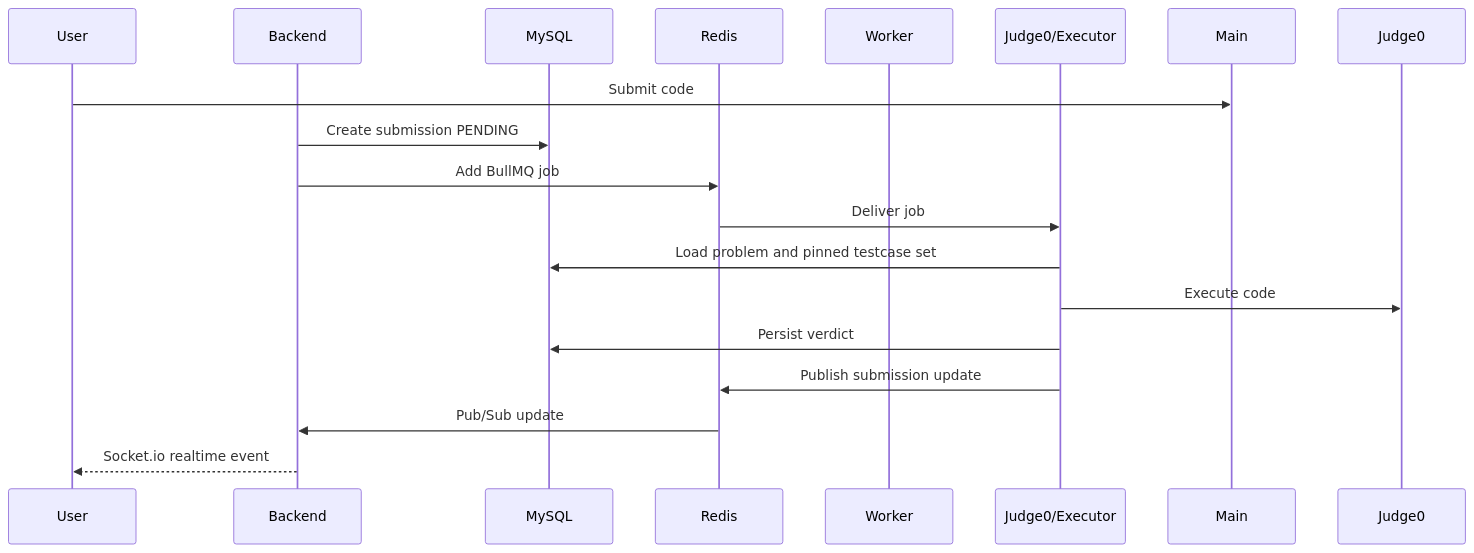
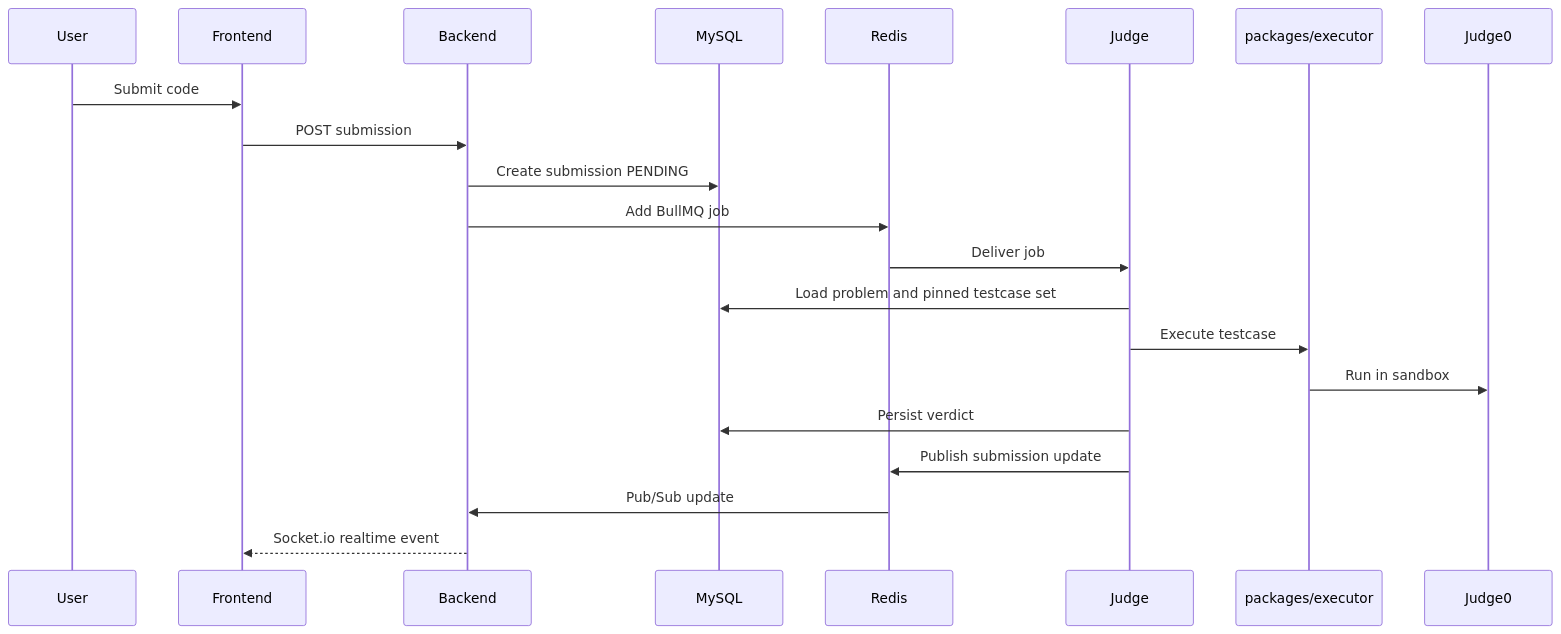
The diagram in README.md (jack1e2401/fessior), drawn with Mermaid before and after one commit. The commit also changed other lines of this file and 13 other files, not shown here.

````diff
--- a/README.md
+++ b/README.md
@@ -64,20 +66,24 @@
 ```mermaid
 sequenceDiagram
     participant User
+    participant Frontend
     participant Backend
     participant MySQL
     participant Redis
-    participant Worker
-    participant Judge as Judge0/Executor
+    participant Judge
+    participant Executor as packages/executor
+    participant Judge0
 
-    User->>Main: Submit code
+    User->>Frontend: Submit code
+    Frontend->>Backend: POST submission
     Backend->>MySQL: Create submission PENDING
     Backend->>Redis: Add BullMQ job
     Redis->>Judge: Deliver job
     Judge->>MySQL: Load problem and pinned testcase set
-    Judge->>Judge0: Execute code
+    Judge->>Executor: Execute testcase
+    Executor->>Judge0: Run in sandbox
     Judge->>MySQL: Persist verdict
     Judge->>Redis: Publish submission update
     Redis->>Backend: Pub/Sub update
-    Backend-->>User: Socket.io realtime event
+    Backend-->>Frontend: Socket.io realtime event
 ```
````
